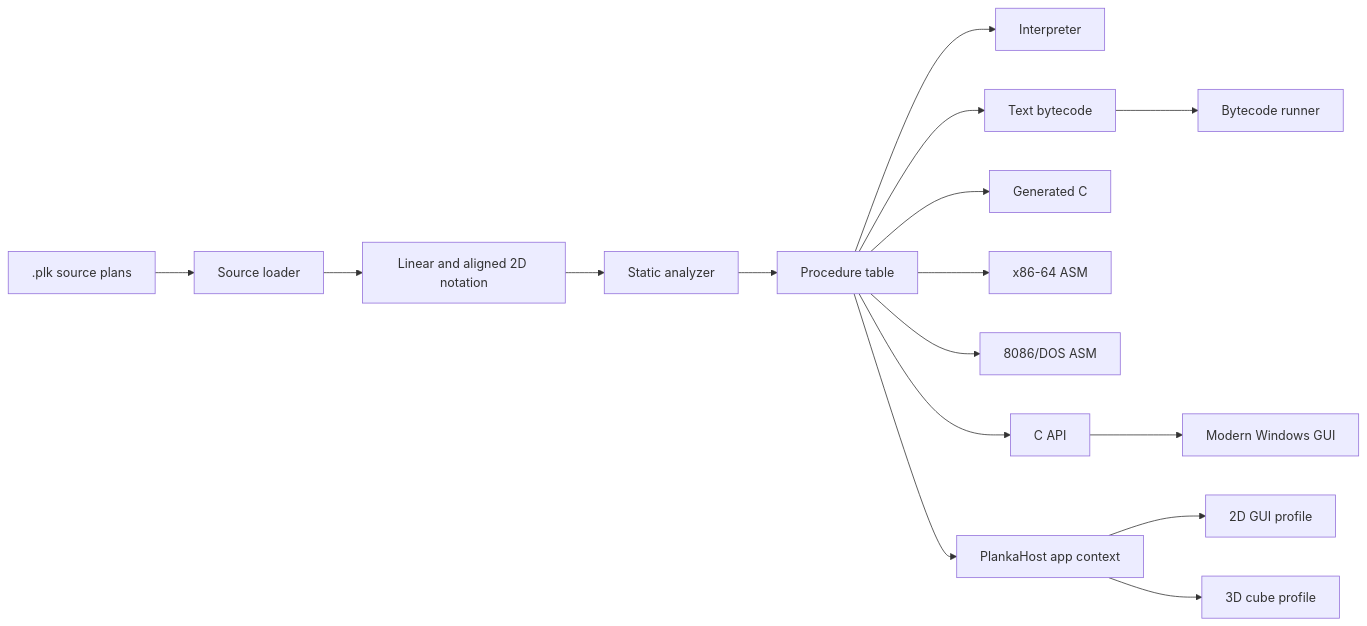
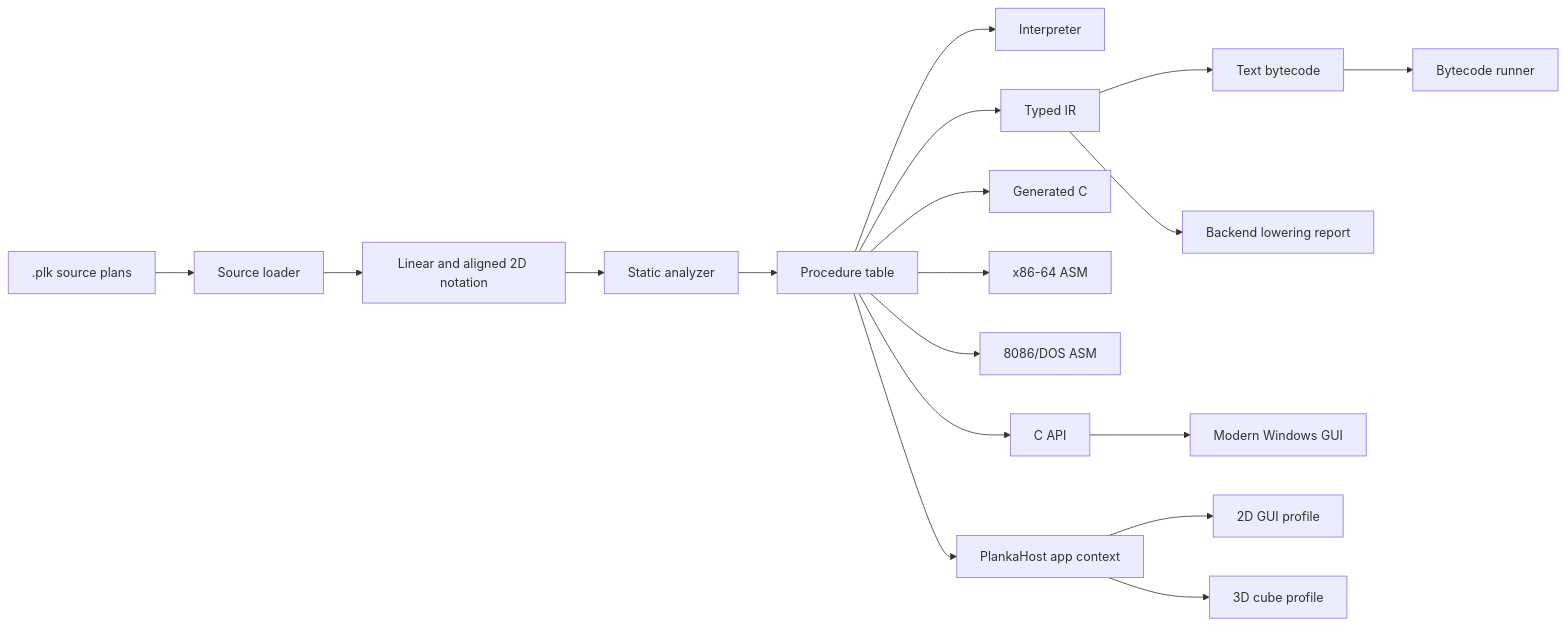
One commit to Olegie/PlankaC changed the fourth of 6 diagrams in docs/infographic.md. Above: the diagram before and after it, drawn with Mermaid. The commit also changed other lines of this file and 74 other files, not shown here.

Commit message:
feat(plankac): expand language model and backend lowering

````diff
--- a/docs/infographic.md
+++ b/docs/infographic.md
@@ -78,20 +81,22 @@
 ```mermaid
 flowchart LR
     PLK[".plk source plans"] --> Loader["Source loader"]
     Loader --> Notation["Linear and aligned 2D notation"]
     Notation --> Analyzer["Static analyzer"]
     Analyzer --> Table["Procedure table"]
 
     Table --> Run["Interpreter"]
-    Table --> BC["Text bytecode"]
+    Table --> TIR["Typed IR"]
+    TIR --> BC["Text bytecode"]
+    TIR --> Lower["Backend lowering report"]
     Table --> CGen["Generated C"]
     Table --> ASM64["x86-64 ASM"]
     Table --> ASM86["8086/DOS ASM"]
     Table --> API["C API"]
     Table --> Host["PlankaHost app context"]
 
     API --> GUI["Modern Windows GUI"]
     Host --> GUI2["2D GUI profile"]
     Host --> Cube["3D cube profile"]
     BC --> BCRun["Bytecode runner"]
 ```
````
